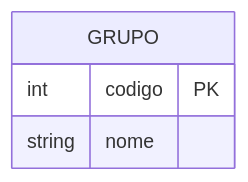
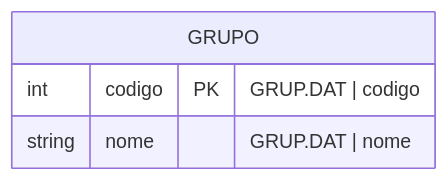
The diagram in Módulos/Estoque/Entidade/Grupo (GRUP.DAT).md (Nicolas-CustomCode/refactor-hospital-maternidade), drawn with Mermaid before and after one commit. The commit also changed 9 other files, not shown here.

````diff
--- a/Módulos/Estoque/Entidade/Grupo (GRUP.DAT).md
+++ b/Módulos/Estoque/Entidade/Grupo (GRUP.DAT).md
@@ -8,8 +8,8 @@
 ```mermaid
 erDiagram
 
 GRUPO {
-	int codigo PK
-	string nome
+	int codigo PK "GRUP.DAT | codigo"
+	string nome "GRUP.DAT | nome"
 }
 ```
````
